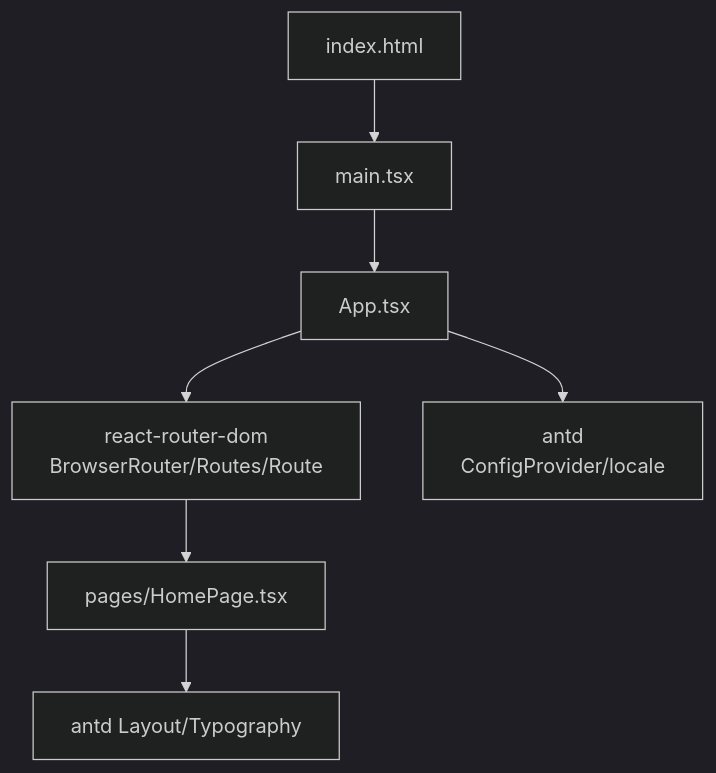
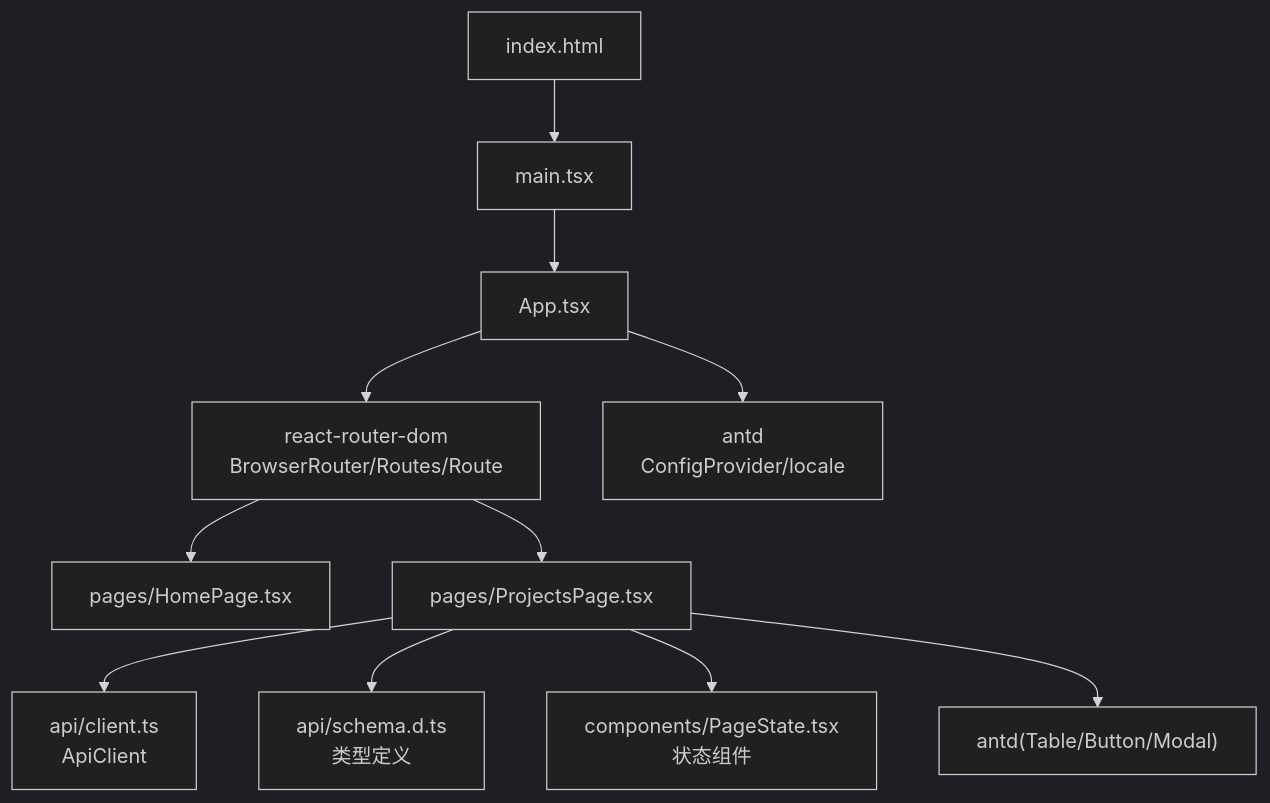
One commit to zhou9832/test1-qoder changed the first of 9 diagrams in .qoder/repowiki/zh/content/前端架构/前端架构.md. Above: the diagram before and after it, drawn with Mermaid (dark theme). The commit also changed other lines of this file and 92 other files, not shown here.

````diff
--- a/.qoder/repowiki/zh/content/前端架构/前端架构.md
+++ b/.qoder/repowiki/zh/content/前端架构/前端架构.md
@@ -40,9 +56,13 @@
 ```mermaid
 graph TB
 HTML["index.html"] --> MAIN["main.tsx"]
 MAIN --> APP["App.tsx"]
 APP --> ROUTER["react-router-dom<br/>BrowserRouter/Routes/Route"]
 APP --> ANT["antd<br/>ConfigProvider/locale"]
-ROUTER --> PAGE["pages/HomePage.tsx"]
-PAGE --> UI["antd Layout/Typography"]
+ROUTER --> PAGE1["pages/HomePage.tsx"]
+ROUTER --> PAGE2["pages/ProjectsPage.tsx"]
+PAGE2 --> API["api/client.ts<br/>ApiClient"]
+PAGE2 --> TYPES["api/schema.d.ts<br/>类型定义"]
+PAGE2 --> STATE["components/PageState.tsx<br/>状态组件"]
+PAGE2 --> UI["antd(Table/Button/Modal)"]
 ```
````
